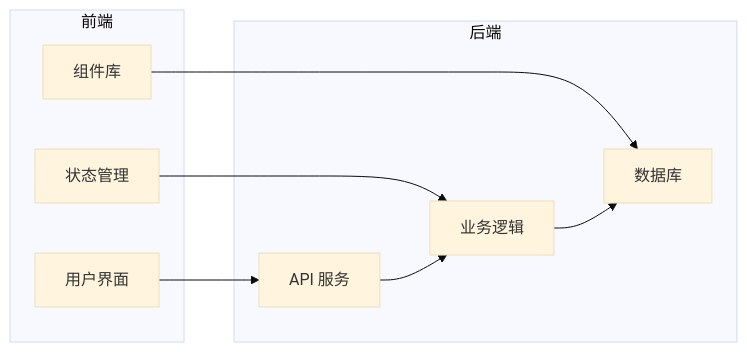
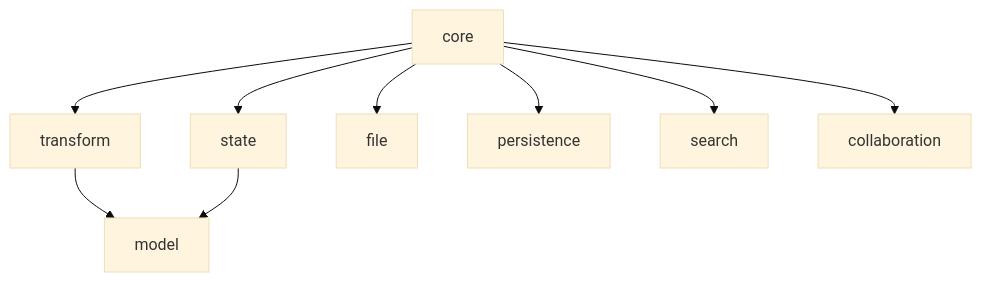
Before and after one commit to Cassielxd/moduforge-rs: the second of 3 diagrams in packages/docs/mermaid-test.md, drawn with Mermaid (base theme). The commit also changed other lines of this file and 25 other files, not shown here.

````diff
--- a/packages/docs/mermaid-test.md
+++ b/packages/docs/mermaid-test.md
@@ -18,20 +21,20 @@
 ```mermaid
-flowchart LR
-    subgraph "前端"
-        A[用户界面]
-        B[状态管理]
-        C[组件库]
-    end
-    
-    subgraph "后端"
-        D[API 服务]
-        E[业务逻辑]
-        F[数据库]
-    end
-    
-    A --> D
-    B --> E
-    C --> F
-    D --> E
-    E --> F
+graph TD
+    CORE[core]
+    STATE[state]
+    TRANSFORM[transform]
+    MODEL[model]
+    FILE[file]
+    PERSIST[persistence]
+    SEARCH[search]
+    COLLAB[collaboration]
+
+    CORE --> STATE
+    CORE --> TRANSFORM
+    TRANSFORM --> MODEL
+    STATE --> MODEL
+    CORE --> FILE
+    CORE --> PERSIST
+    CORE --> SEARCH
+    CORE --> COLLAB
 ```
````
